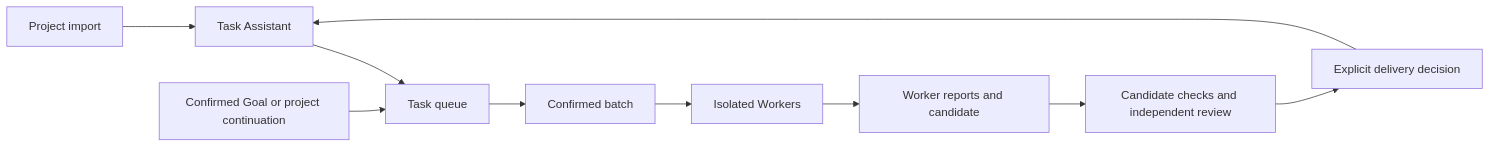
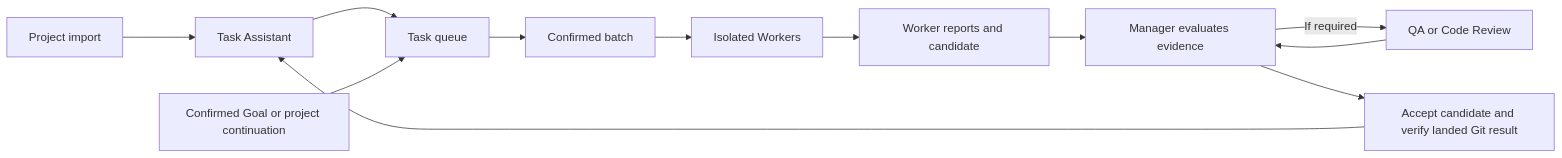
Before and after one commit to LukeJiaoR/GoodTeam: the diagram in docs/architecture.md, drawn with Mermaid. The commit also changed 8 other files, not shown here.

````diff
--- a/docs/architecture.md
+++ b/docs/architecture.md
@@ -8,12 +8,14 @@
 ```mermaid
 flowchart LR
     P[Project import] --> C[Task Assistant]
     C --> Q[Task queue]
     G[Confirmed Goal or project continuation] --> Q
     Q --> B[Confirmed batch]
     B --> W[Isolated Workers]
     W --> V[Worker reports and candidate]
-    V --> R[Candidate checks and independent review]
-    R --> H[Explicit delivery decision]
+    V --> R[Manager evaluates evidence]
+    R -->|If required| QA[QA or Code Review]
+    QA --> R
+    R --> H[Accept candidate and verify landed Git result]
     H --> C
 ```
````
